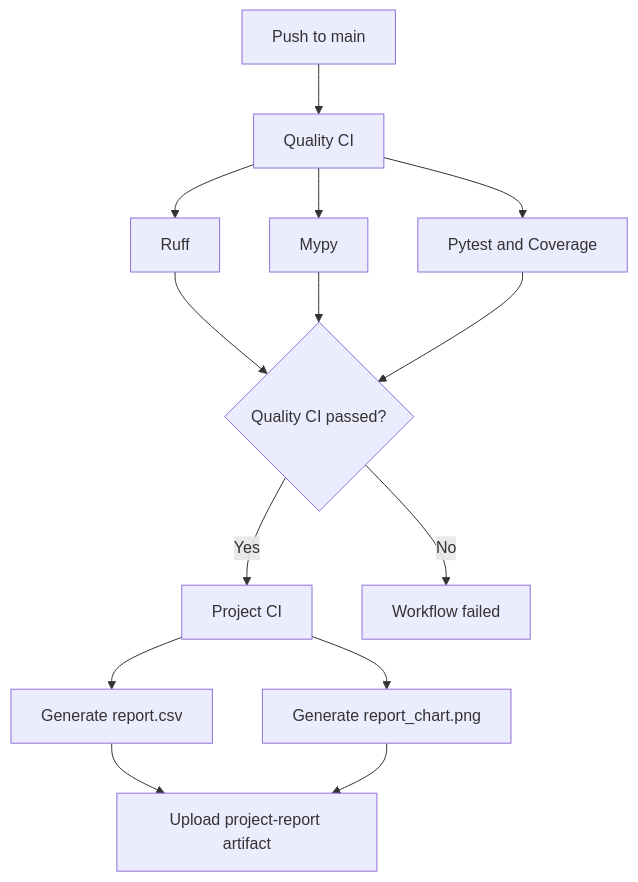
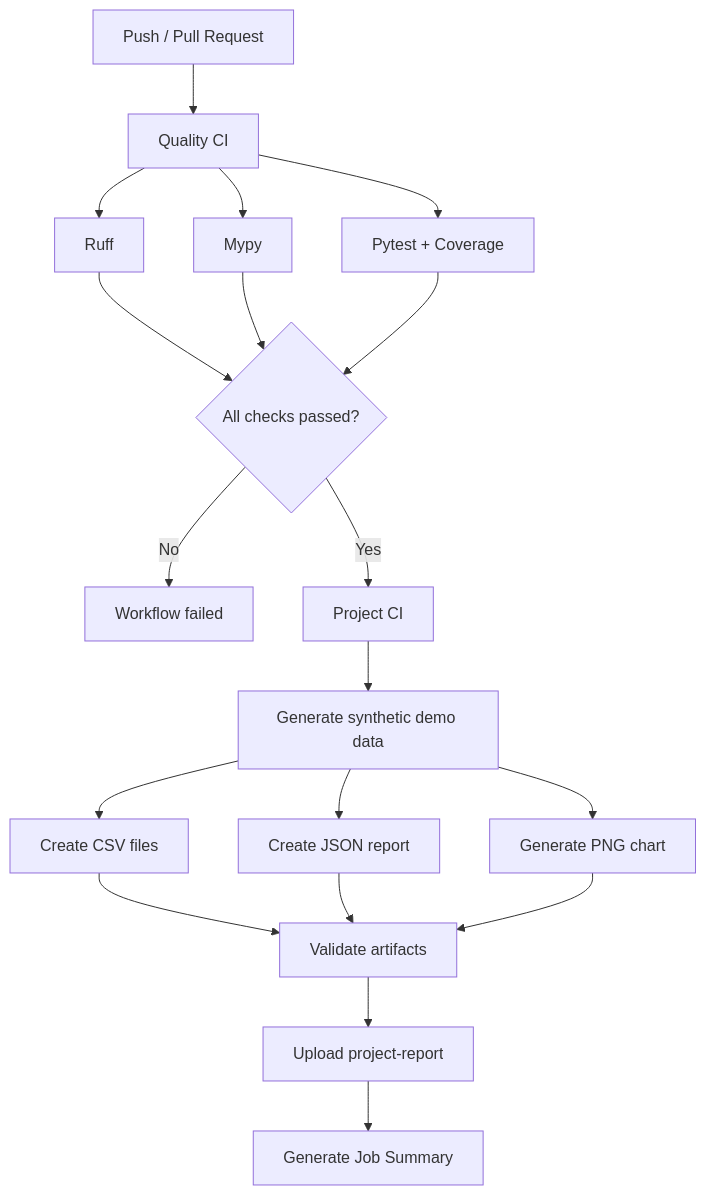
One commit to ylik-mal/my-fairly-morning changed the diagram in README.md. Above: the diagram before and after it, drawn with Mermaid. The commit also changed other lines of this file, not shown here.

Commit message:
docs: update project README and CI documentation

````diff
--- a/README.md
+++ b/README.md
@@ -469,16 +303,27 @@
 ```mermaid
 flowchart TD
-    A[Push to main] --> B[Quality CI]
+    A[Push / Pull Request] --> B[Quality CI]
+
     B --> C[Ruff]
     B --> D[Mypy]
-    B --> E[Pytest and Coverage]
-    C --> F{Quality CI passed?}
+    B --> E[Pytest + Coverage]
+
+    C --> F{All checks passed?}
     D --> F
     E --> F
-    F -->|Yes| G[Project CI]
-    F -->|No| H[Workflow failed]
-    G --> I[Generate report.csv]
-    G --> J[Generate report_chart.png]
-    I --> K[Upload project-report artifact]
-    J --> K
+
+    F -->|No| G[Workflow failed]
+    F -->|Yes| H[Project CI]
+
+    H --> I[Generate synthetic demo data]
+    I --> J[Create CSV files]
+    I --> K[Create JSON report]
+    I --> L[Generate PNG chart]
+
+    J --> M[Validate artifacts]
+    K --> M
+    L --> M
+
+    M --> N[Upload project-report]
+    N --> O[Generate Job Summary]
 ```
````
